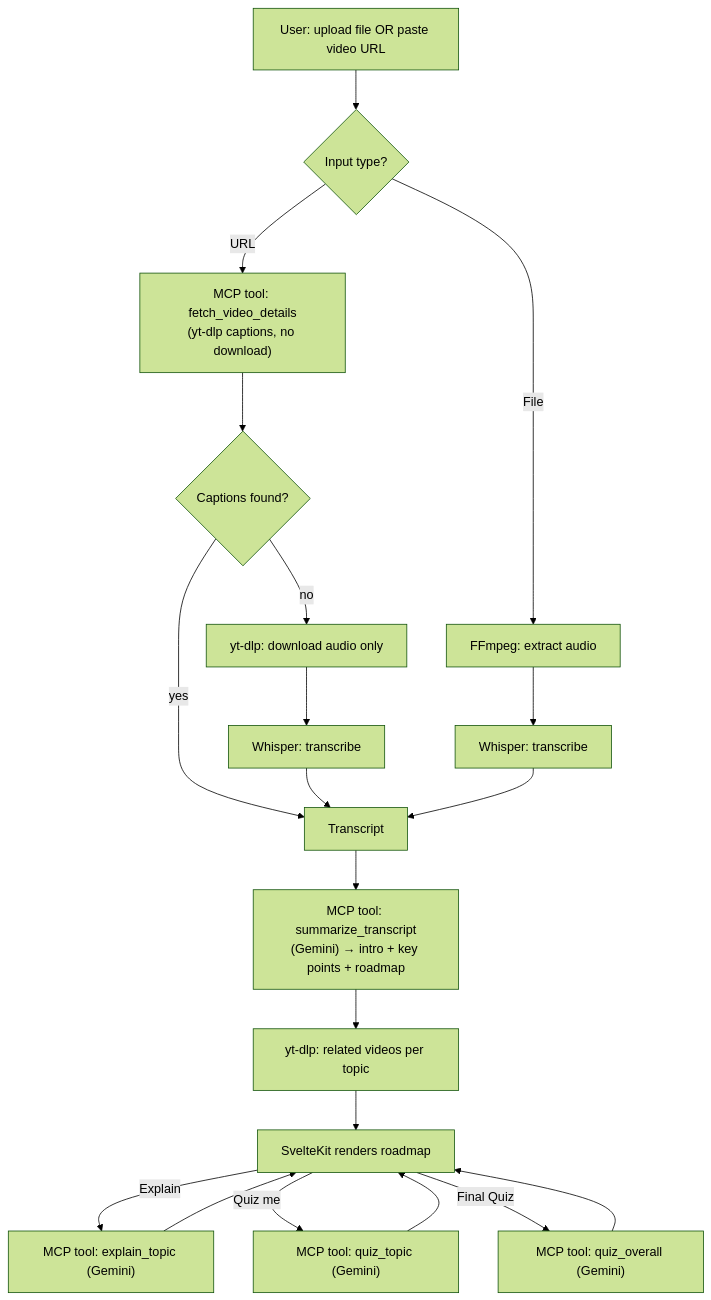
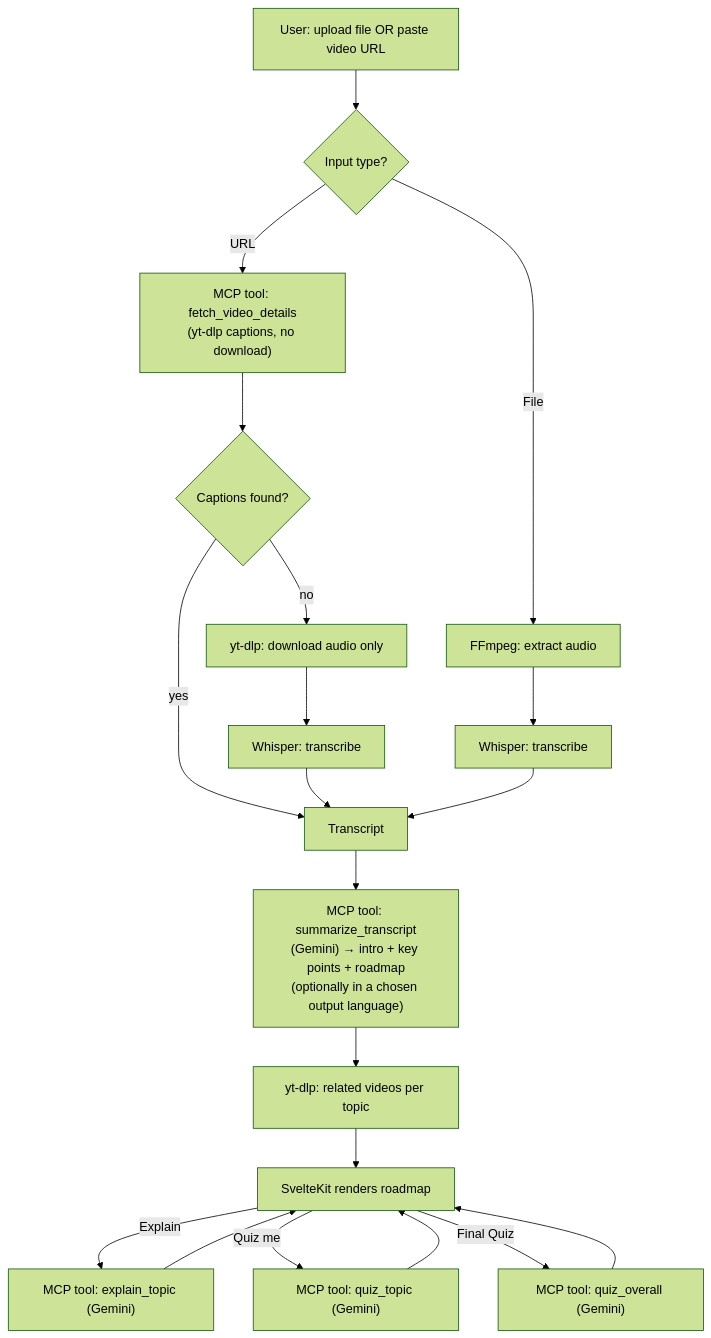
The first of 2 diagrams in README.md (Keerthi292/AI-Video-Knowledge-Extractor), drawn with Mermaid (forest theme) before and after one commit. The commit also changed other lines of this file and 8 other files, not shown here.

````diff
--- a/README.md
+++ b/README.md
@@ -24,19 +24,19 @@
 ```mermaid
 flowchart TD
     A[User: upload file OR paste video URL] --> B{Input type?}
 
     B -- URL --> C["MCP tool: fetch_video_details<br/>(yt-dlp captions, no download)"]
     C --> D{Captions found?}
     D -- yes --> E[Transcript]
     D -- no --> F[yt-dlp: download audio only] --> G[Whisper: transcribe] --> E
 
     B -- File --> H[FFmpeg: extract audio] --> I[Whisper: transcribe] --> E
 
-    E --> J["MCP tool: summarize_transcript<br/>(Gemini) → intro + key points + roadmap"]
+    E --> J["MCP tool: summarize_transcript<br/>(Gemini) → intro + key points + roadmap<br/>(optionally in a chosen output language)"]
     J --> K[yt-dlp: related videos per topic]
     K --> L[SvelteKit renders roadmap]
 
     L -- "Explain" --> M["MCP tool: explain_topic (Gemini)"] --> L
     L -- "Quiz me" --> N["MCP tool: quiz_topic (Gemini)"] --> L
     L -- "Final Quiz" --> O["MCP tool: quiz_overall (Gemini)"] --> L
 ```
````
